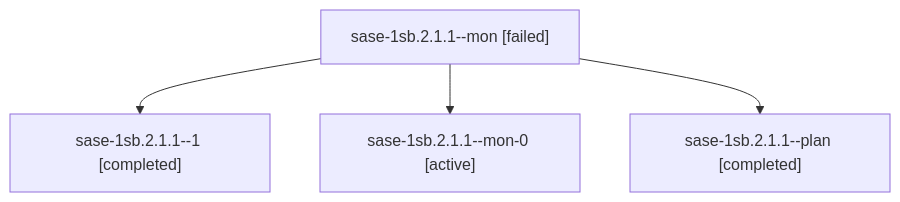
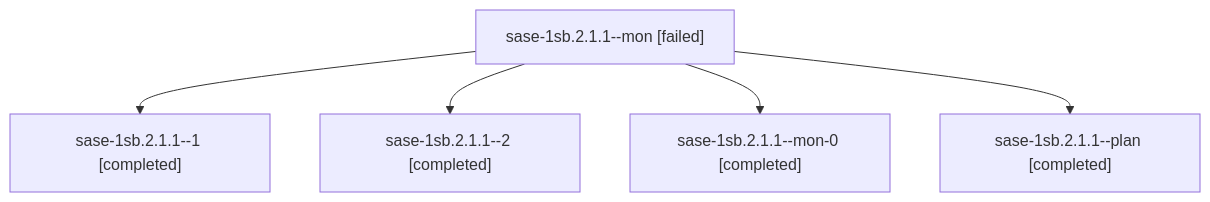
Before and after one commit to sase-org/sase--agents: the diagram in sessions/bbugyi200.athena.sase-1sb.2.1.1.md, drawn with Mermaid. The commit also changed other lines of this file and 49 other files, not shown here.

````diff
--- a/sessions/bbugyi200.athena.sase-1sb.2.1.1.md
+++ b/sessions/bbugyi200.athena.sase-1sb.2.1.1.md
@@ -9,10 +9,12 @@
 ```mermaid
 flowchart TD
   n0["sase-1sb.2.1.1--mon [failed]"]
   n1["sase-1sb.2.1.1--1 [completed]"]
   n0 --> n1
-  n2["sase-1sb.2.1.1--mon-0 [active]"]
+  n2["sase-1sb.2.1.1--2 [completed]"]
   n0 --> n2
-  n3["sase-1sb.2.1.1--plan [completed]"]
+  n3["sase-1sb.2.1.1--mon-0 [completed]"]
   n0 --> n3
+  n4["sase-1sb.2.1.1--plan [completed]"]
+  n0 --> n4
 ```
````
